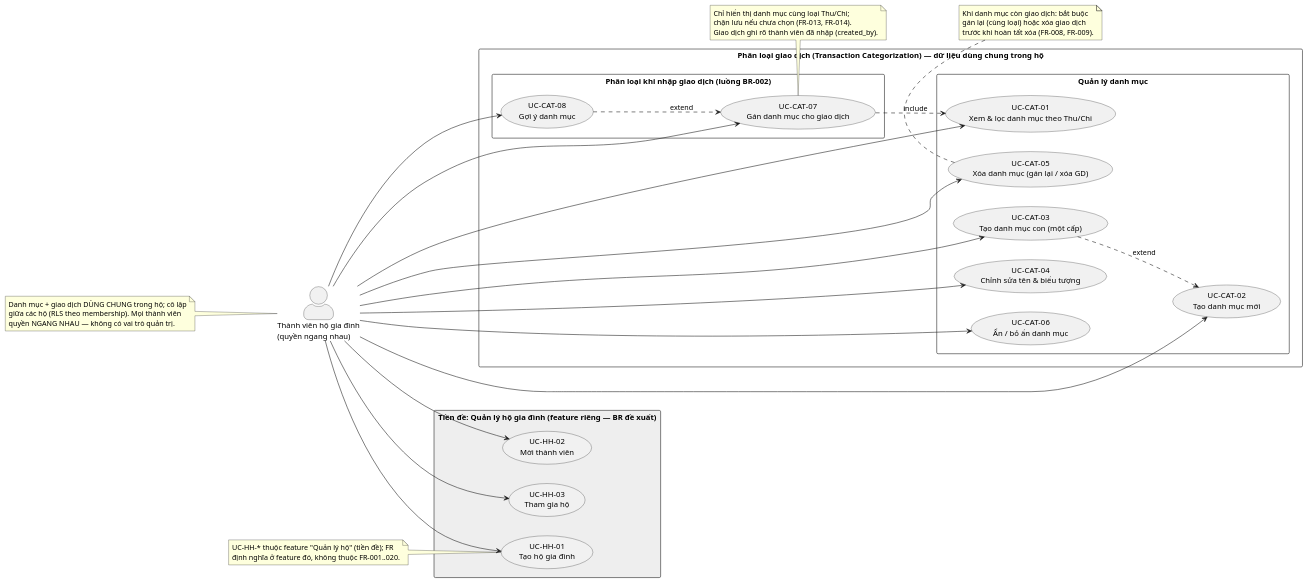
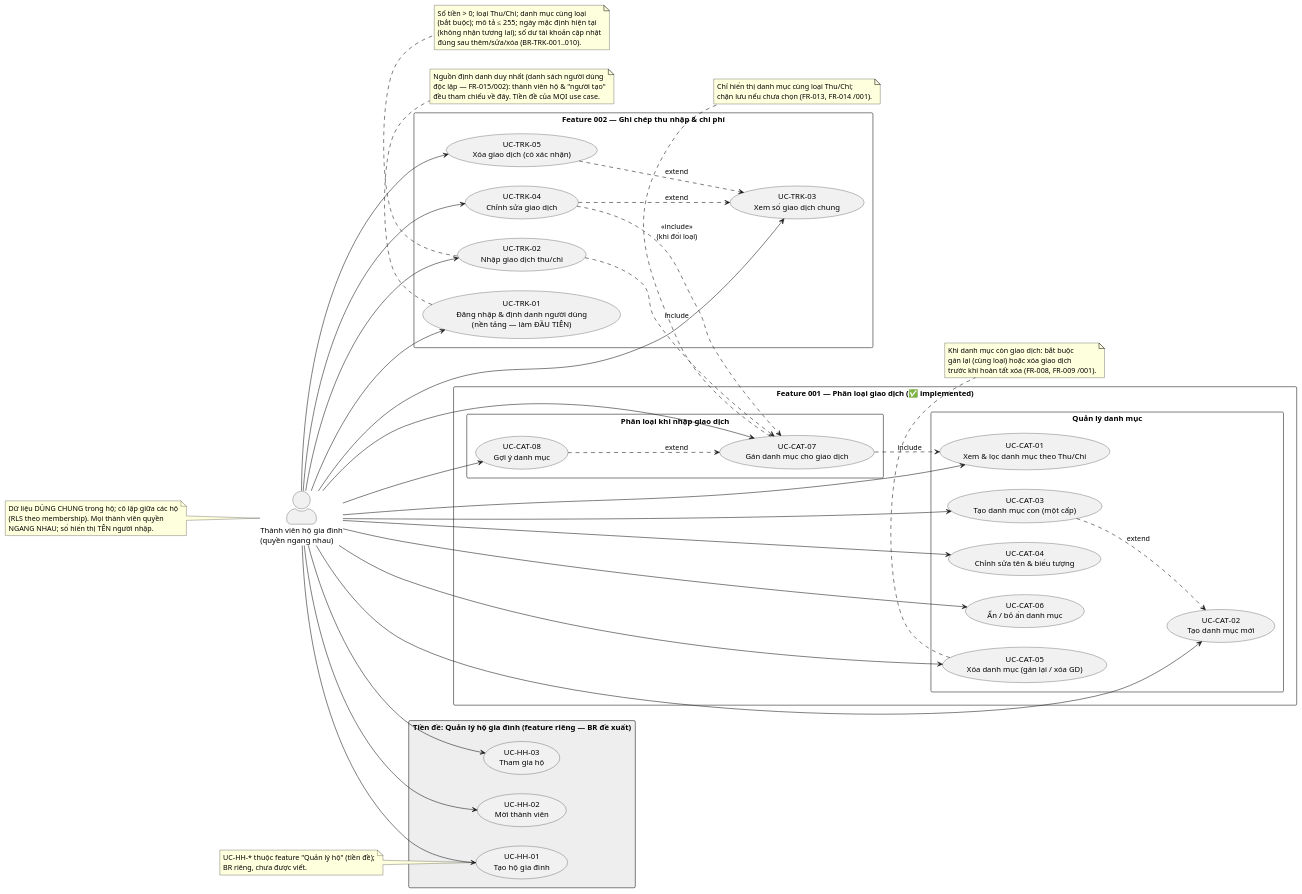
One commit to tuanpham197/mango-family changed the diagram in specs/diagrams/use-cases.puml. Above: the diagram before and after it, drawn with PlantUML. The commit also changed 35 other files, not shown here.

First line of the commit message:
docs(002): spec + plan + tasks + use cases + entity model for transaction tracking

```diff
--- a/specs/diagrams/use-cases.puml
+++ b/specs/diagrams/use-cases.puml
@@ -1,76 +1,106 @@
-@startuml Use Cases — Phân loại giao dịch (sổ chung hộ gia đình)
-' Nguồn: specs/use-cases/*.md · spec.md · plan.md
-' Cập nhật 2026-06-29: app DÙNG CHUNG trong hộ gia đình, nhiều thành viên, quyền ngang nhau.
+@startuml Use Cases — Sổ tài chính hộ gia đình (feature 001 + 002)
+' Nguồn: specs/use-cases/<feature>/*.md · specs/001-*/spec.md · specs/002-*/spec.md
+' 2026-06-29: app DÙNG CHUNG trong hộ gia đình, nhiều thành viên, quyền ngang nhau.
+' 2026-07-06: thêm feature 002 (UC-TRK-01..05); người dùng là danh sách độc lập (FR-015/002).
 left to right direction
 skinparam packageStyle rectangle
 skinparam shadowing false
 skinparam actorStyle awesome
 
 actor "Thành viên hộ gia đình\n(quyền ngang nhau)" as member
 
-rectangle "Phân loại giao dịch (Transaction Categorization) — dữ liệu dùng chung trong hộ" {
+rectangle "Feature 002 — Ghi chép thu nhập & chi phí" {
+    usecase "UC-TRK-01\nĐăng nhập & định danh người dùng\n(nền tảng — làm ĐẦU TIÊN)" as TRK01
+    usecase "UC-TRK-02\nNhập giao dịch thu/chi" as TRK02
+    usecase "UC-TRK-03\nXem sổ giao dịch chung" as TRK03
+    usecase "UC-TRK-04\nChỉnh sửa giao dịch" as TRK04
+    usecase "UC-TRK-05\nXóa giao dịch (có xác nhận)" as TRK05
+}
+
+rectangle "Feature 001 — Phân loại giao dịch (✅ implemented)" {
 
     package "Quản lý danh mục" {
         usecase "UC-CAT-01\nXem & lọc danh mục theo Thu/Chi" as UC01
         usecase "UC-CAT-02\nTạo danh mục mới" as UC02
         usecase "UC-CAT-03\nTạo danh mục con (một cấp)" as UC03
         usecase "UC-CAT-04\nChỉnh sửa tên & biểu tượng" as UC04
         usecase "UC-CAT-05\nXóa danh mục (gán lại / xóa GD)" as UC05
         usecase "UC-CAT-06\nẨn / bỏ ẩn danh mục" as UC06
     }
 
-    package "Phân loại khi nhập giao dịch (luồng BR-002)" {
+    package "Phân loại khi nhập giao dịch" {
         usecase "UC-CAT-07\nGán danh mục cho giao dịch" as UC07
         usecase "UC-CAT-08\nGợi ý danh mục" as UC08
     }
 }
 
 rectangle "Tiền đề: Quản lý hộ gia đình (feature riêng — BR đề xuất)" #EEEEEE {
     usecase "UC-HH-01\nTạo hộ gia đình" as HH01
     usecase "UC-HH-02\nMời thành viên" as HH02
     usecase "UC-HH-03\nTham gia hộ" as HH03
 }
 
+member --> TRK01
+member --> TRK02
+member --> TRK03
+member --> TRK04
+member --> TRK05
 member --> UC01
 member --> UC02
 member --> UC03
 member --> UC04
 member --> UC05
 member --> UC06
 member --> UC07
 member --> UC08
 member --> HH01
 member --> HH02
 member --> HH03
 
-' Quan hệ giữa các use case (không đổi)
+' Quan hệ giữa các use case
 UC03 ..> UC02 : «extend»
 UC07 ..> UC01 : «include»
 UC08 ..> UC07 : «extend»
+TRK02 ..> UC07 : «include»
+TRK04 ..> TRK03 : «extend»
+TRK05 ..> TRK03 : «extend»
+TRK04 ..> UC07 : «include»\n(khi đổi loại)
+
+note bottom of TRK01
+  Nguồn định danh duy nhất (danh sách người dùng
+  độc lập — FR-015/002): thành viên hộ & "người tạo"
+  đều tham chiếu về đây. Tiền đề của MỌI use case.
+end note
+
+note bottom of TRK02
+  Số tiền > 0; loại Thu/Chi; danh mục cùng loại
+  (bắt buộc); mô tả ≤ 255; ngày mặc định hiện tại
+  (không nhận tương lai); số dư tài khoản cập nhật
+  đúng sau thêm/sửa/xóa (BR-TRK-001..010).
+end note
 
 note bottom of UC05
   Khi danh mục còn giao dịch: bắt buộc
   gán lại (cùng loại) hoặc xóa giao dịch
-  trước khi hoàn tất xóa (FR-008, FR-009).
+  trước khi hoàn tất xóa (FR-008, FR-009 /001).
 end note
 
 note bottom of UC07
   Chỉ hiển thị danh mục cùng loại Thu/Chi;
-  chặn lưu nếu chưa chọn (FR-013, FR-014).
-  Giao dịch ghi rõ thành viên đã nhập (created_by).
+  chặn lưu nếu chưa chọn (FR-013, FR-014 /001).
 end note
 
 note as N1
-  Danh mục + giao dịch DÙNG CHUNG trong hộ; cô lập
-  giữa các hộ (RLS theo membership). Mọi thành viên
-  quyền NGANG NHAU — không có vai trò quản trị.
+  Dữ liệu DÙNG CHUNG trong hộ; cô lập giữa các hộ
+  (RLS theo membership). Mọi thành viên quyền
+  NGANG NHAU; sổ hiển thị TÊN người nhập.
 end note
 N1 .. member
 
 note as N2
-  UC-HH-* thuộc feature "Quản lý hộ" (tiền đề); FR
-  định nghĩa ở feature đó, không thuộc FR-001..020.
+  UC-HH-* thuộc feature "Quản lý hộ" (tiền đề);
+  BR riêng, chưa được viết.
 end note
 N2 .. HH01
 
 @enduml
```
